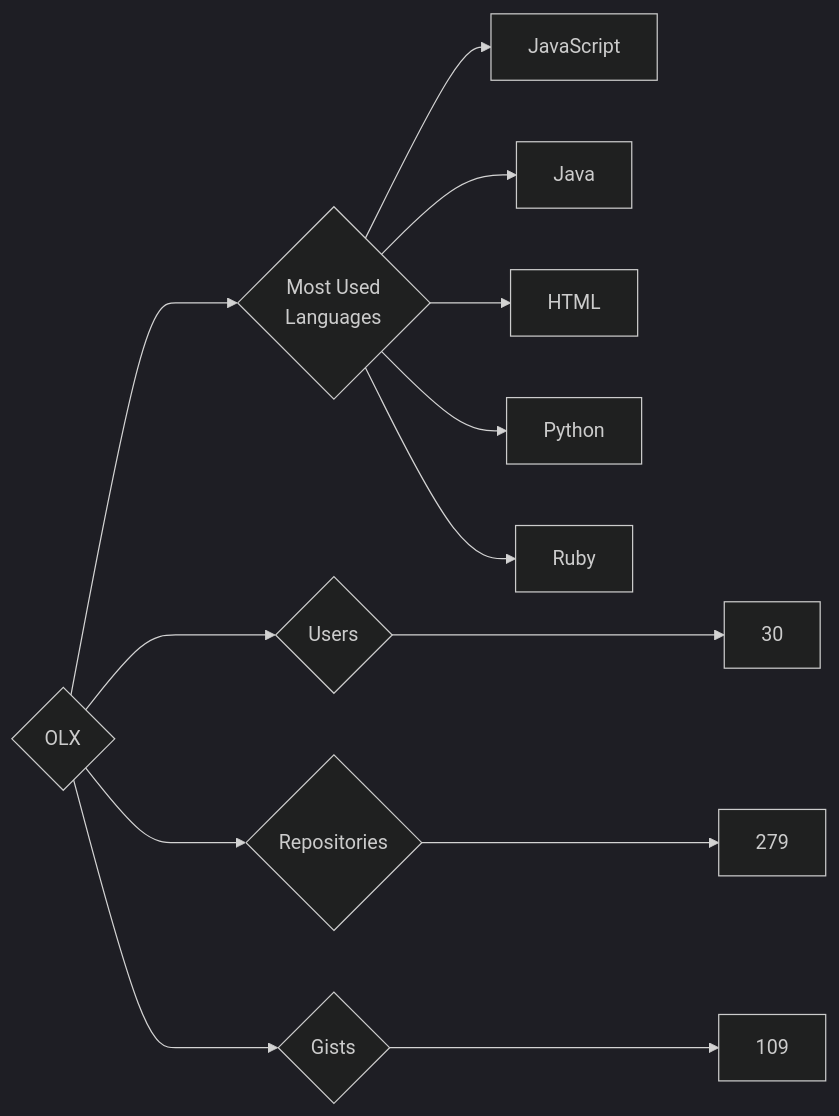
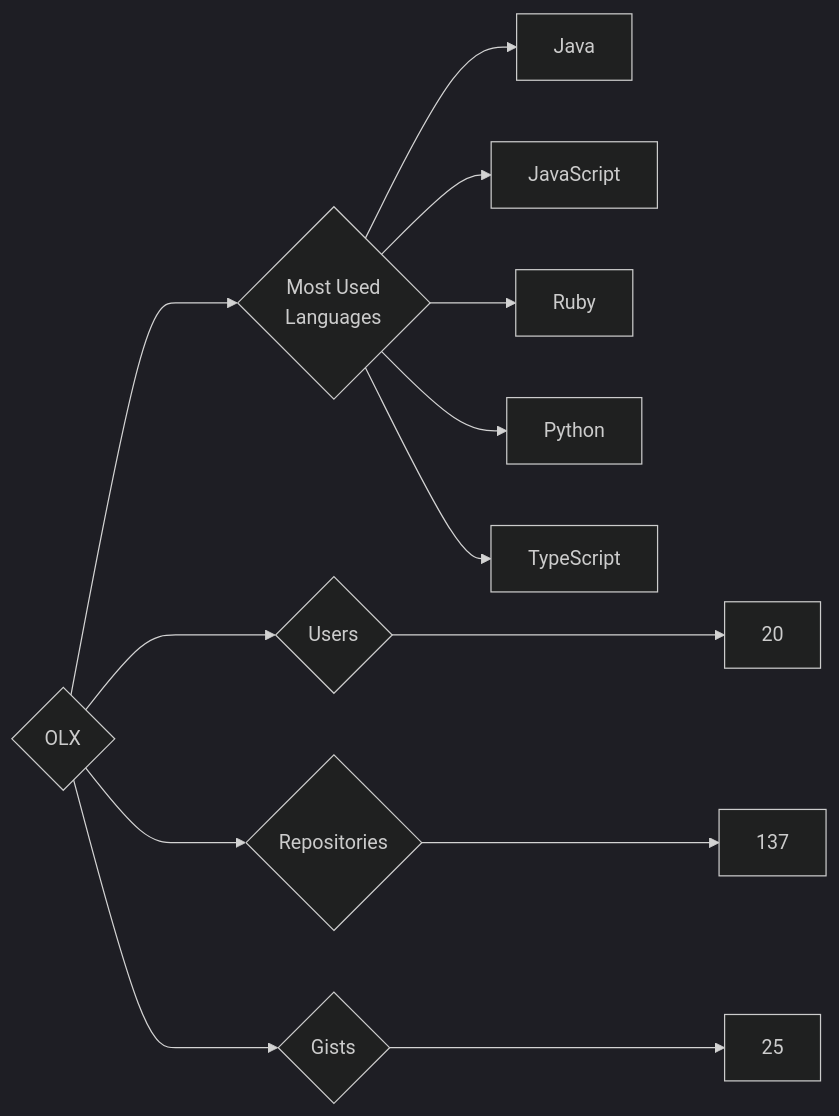
Before and after one commit to trickest/insiders: the diagram in targets/OLX/README.md, drawn with Mermaid (dark theme). The commit also changed 1011 other files, not shown here.

````diff
--- a/targets/OLX/README.md
+++ b/targets/OLX/README.md
@@ -3,13 +3,13 @@
 ```mermaid
 graph LR
 COMPANY_NAME{OLX}
-COMPANY_NAME ---> U{Users} ---> UN[30]
-COMPANY_NAME ---> R{Repositories} ---> RN[279]
-COMPANY_NAME ---> G{Gists} ---> GN[109]
+COMPANY_NAME ---> U{Users} ---> UN[20]
+COMPANY_NAME ---> R{Repositories} ---> RN[137]
+COMPANY_NAME ---> G{Gists} ---> GN[25]
 COMPANY_NAME ---> ML{Most Used<br>Languages}
+ML --> Java[Java]
 ML --> JavaScript[JavaScript]
-ML --> Java[Java]
-ML --> HTML[HTML]
+ML --> Ruby[Ruby]
 ML --> Python[Python]
-ML --> Ruby[Ruby]
+ML --> TypeScript[TypeScript]
 ```
````
